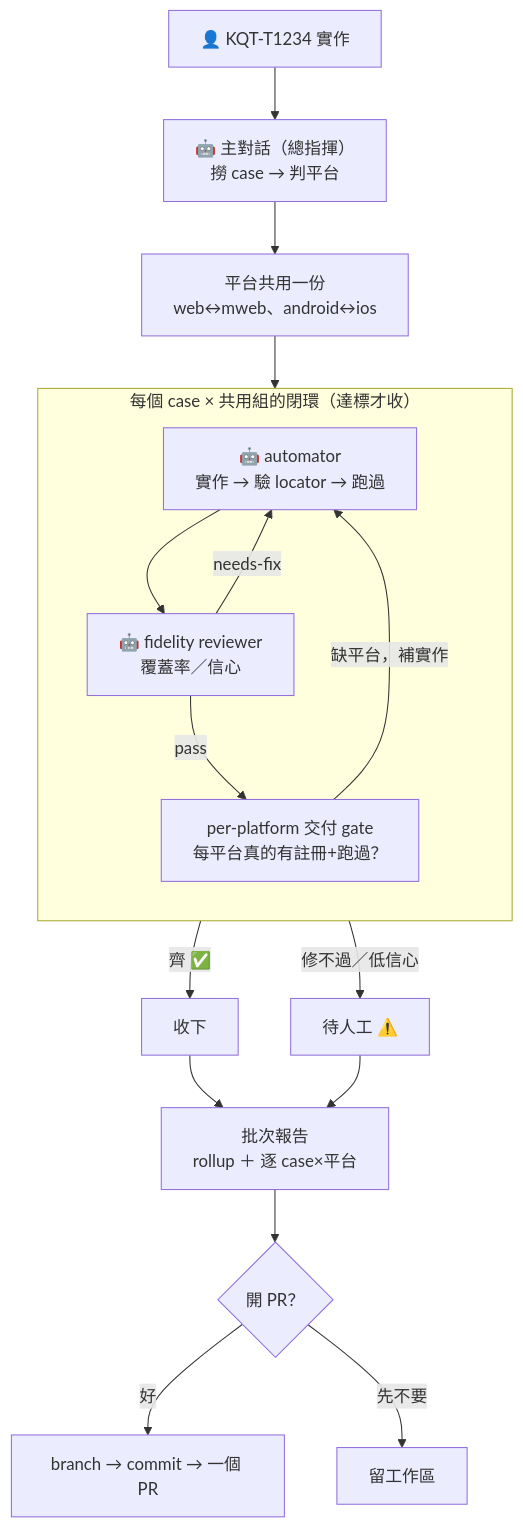
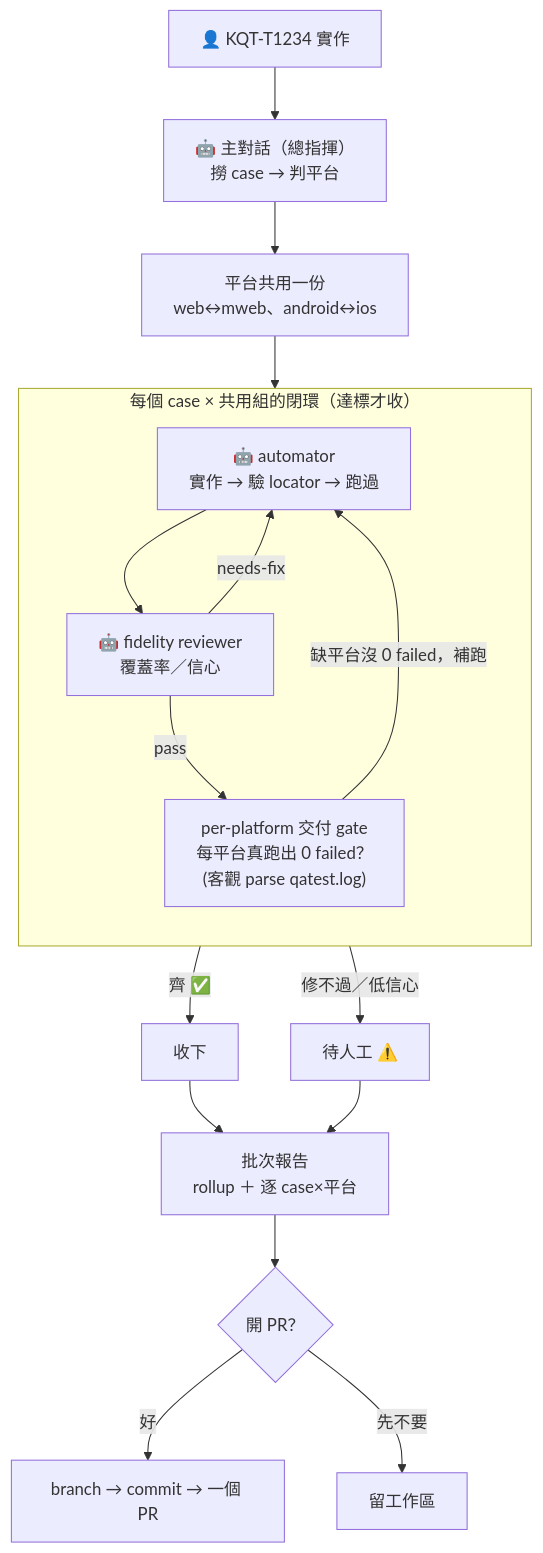
Before and after one commit to kkday-it/kkday-qa-skills: the diagram in docs/how-to-automate-tcms-cases.md, drawn with Mermaid.

Commit message:
docs(how-to): 流程圖 GATE 節點對齊「跑出 0 failed」判準
清掉流程圖裡最後殘留的 limit 時代舊詞：GATE 節點「每平台真的有註冊+跑過?」
→「每平台真跑出 0 failed?(客觀 parse qatest.log)」;回邊「缺平台補實作」→「缺 0 failed 補跑」。
至此流程圖、表格、文字、gate、automator、workflow 全部一致,無殘留 limit_test_platform 概念。

````diff
--- a/docs/how-to-automate-tcms-cases.md
+++ b/docs/how-to-automate-tcms-cases.md
@@ -42,25 +42,25 @@
 ```mermaid
 flowchart TD
     A["👤 KQT-T1234 實作"] --> B["🤖 主對話（總指揮）<br/>撈 case → 判平台"]
     B --> P["平台共用一份<br/>web↔mweb、android↔ios"]
     P --> E
 
     subgraph LOOP["每個 case × 共用組的閉環（達標才收）"]
         direction TB
         E["🤖 automator<br/>實作 → 驗 locator → 跑過"]
         F["🤖 fidelity reviewer<br/>覆蓋率／信心"]
-        GATE["per-platform 交付 gate<br/>每平台真的有註冊+跑過？"]
+        GATE["per-platform 交付 gate<br/>每平台真跑出 0 failed？<br/>(客觀 parse qatest.log)"]
         E --> F
         F -->|"needs-fix"| E
         F -->|"pass"| GATE
-        GATE -->|"缺平台，補實作"| E
+        GATE -->|"缺平台沒 0 failed，補跑"| E
     end
 
     GATE -->|"齊 ✅"| G["收下"]
     F -->|"修不過／低信心"| H["待人工 ⚠️"]
     G --> R["批次報告<br/>rollup ＋ 逐 case×平台"]
     H --> R
     R --> S{"開 PR？"}
     S -->|"好"| T["branch → commit → 一個 PR"]
     S -->|"先不要"| L["留工作區"]
 ```
````
